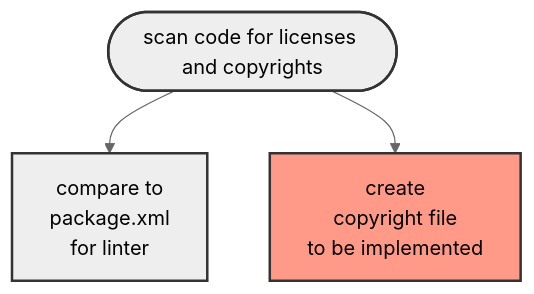
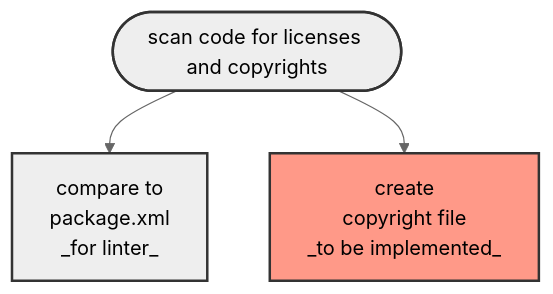
The diagram in README.md (boschresearch/ros_license_toolkit), drawn with Mermaid (neutral theme) before and after one commit. The commit also changed other lines of this file, not shown here.

Commit message:
format also for dark themes

````diff
--- a/README.md
+++ b/README.md
@@ -18,13 +13,13 @@
 ```mermaid
 graph TD
     classDef stroke stroke:#333,stroke-width:2px;
     s([scan code for licenses and copyrights]) 
     class s stroke
-    p[compare to\n package.xml\n <span class='b'>for linter</span>]
+    p[compare to\n package.xml\n _for linter_]
     class p stroke
-    c[create\ncopyright file\n<span class='b'>to be implemented</span>]
+    c[create\ncopyright file\n_to be implemented_]
     class c stroke
-    style c fill:#f98
+    style c fill:#f98,color:#000
     s --> p
     s --> c
 ```
````
